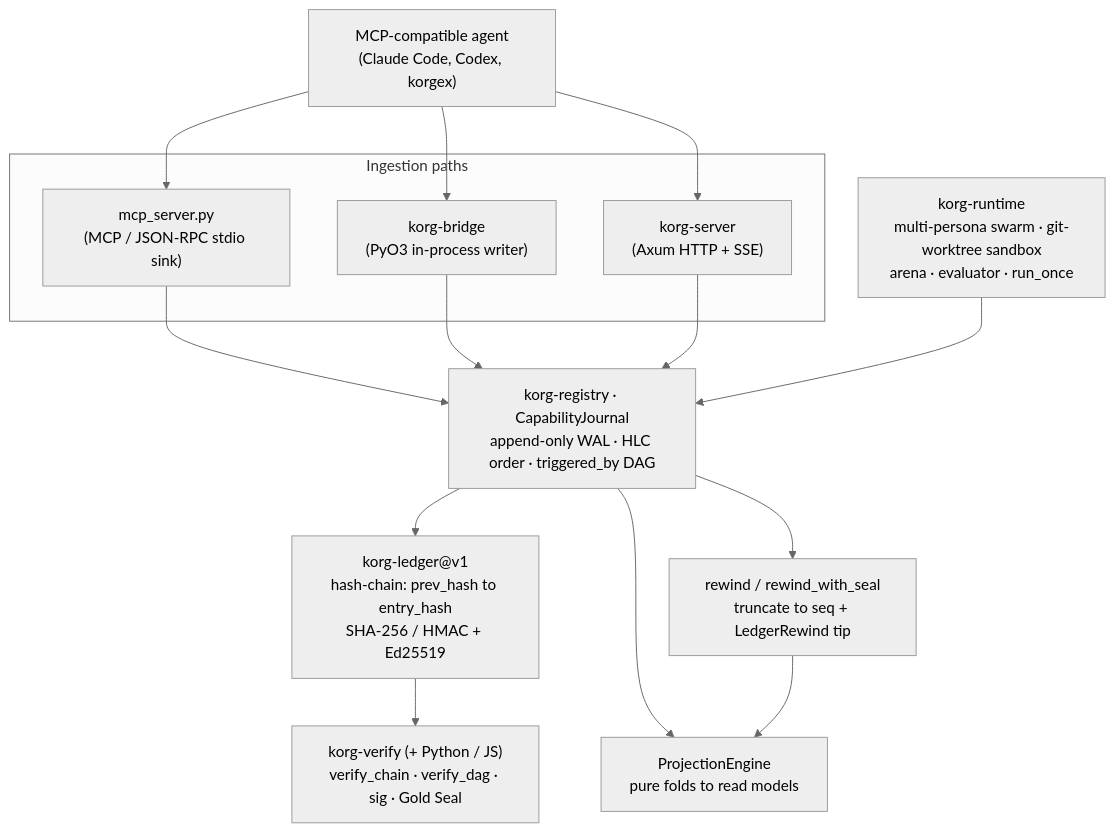
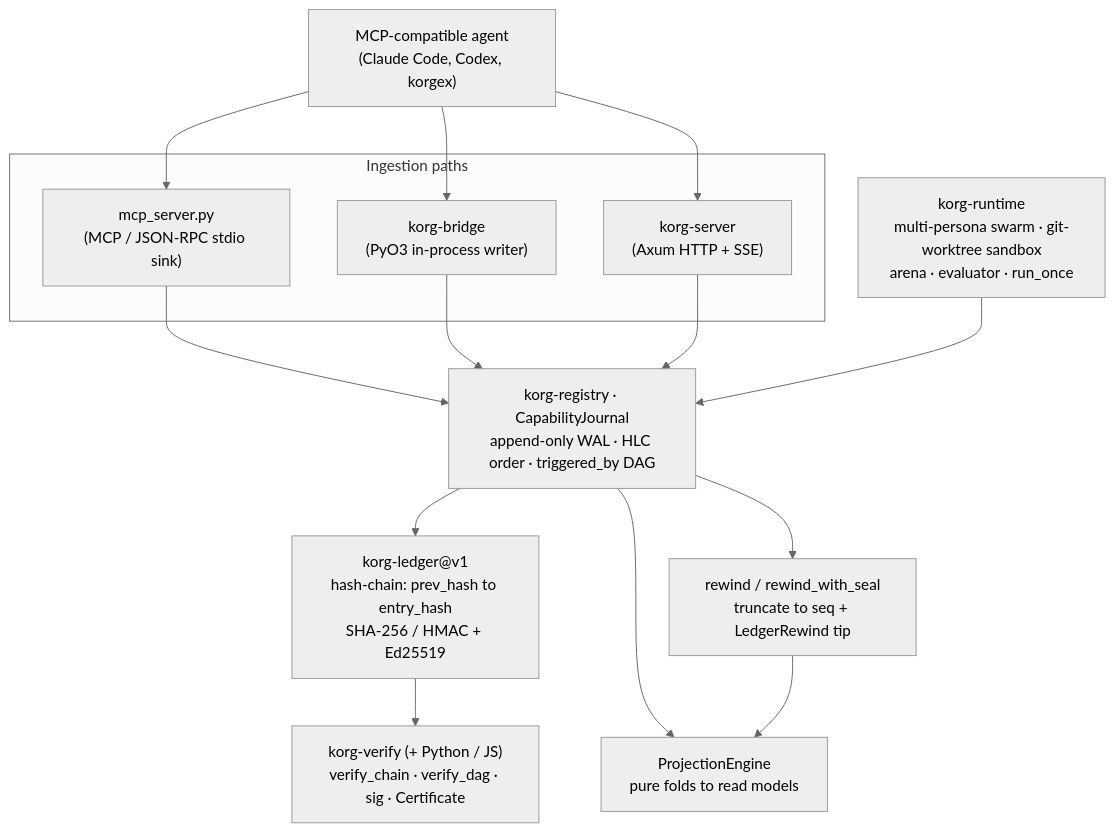
The diagram in README.md (New1Direction/korg), drawn with Mermaid (neutral theme) before and after one commit. The commit also changed other lines of this file and 38 other files, not shown here.

````diff
--- a/README.md
+++ b/README.md
@@ -327,27 +327,27 @@
 ```mermaid
 flowchart TD
     Agent["MCP-compatible agent<br/>(Claude Code, Codex, korgex)"]
 
     subgraph Ingest["Ingestion paths"]
         MCP["mcp_server.py<br/>(MCP / JSON-RPC stdio sink)"]
         Bridge["korg-bridge<br/>(PyO3 in-process writer)"]
         Server["korg-server<br/>(Axum HTTP + SSE)"]
     end
 
     Journal["korg-registry · CapabilityJournal<br/>append-only WAL · HLC order · triggered_by DAG"]
     Chain["korg-ledger@v1<br/>hash-chain: prev_hash to entry_hash<br/>SHA-256 / HMAC + Ed25519"]
     Projection["ProjectionEngine<br/>pure folds to read models"]
     Rewind["rewind / rewind_with_seal<br/>truncate to seq + LedgerRewind tip"]
-    Verify["korg-verify (+ Python / JS)<br/>verify_chain · verify_dag · sig · Gold Seal"]
+    Verify["korg-verify (+ Python / JS)<br/>verify_chain · verify_dag · sig · Certificate"]
     Runtime["korg-runtime<br/>multi-persona swarm · git-worktree sandbox<br/>arena · evaluator · run_once"]
 
     Agent --> MCP --> Journal
     Agent --> Bridge --> Journal
     Agent --> Server --> Journal
     Runtime --> Journal
     Journal --> Chain
     Journal --> Projection
     Journal --> Rewind
     Rewind --> Projection
     Chain --> Verify
 ```
````
